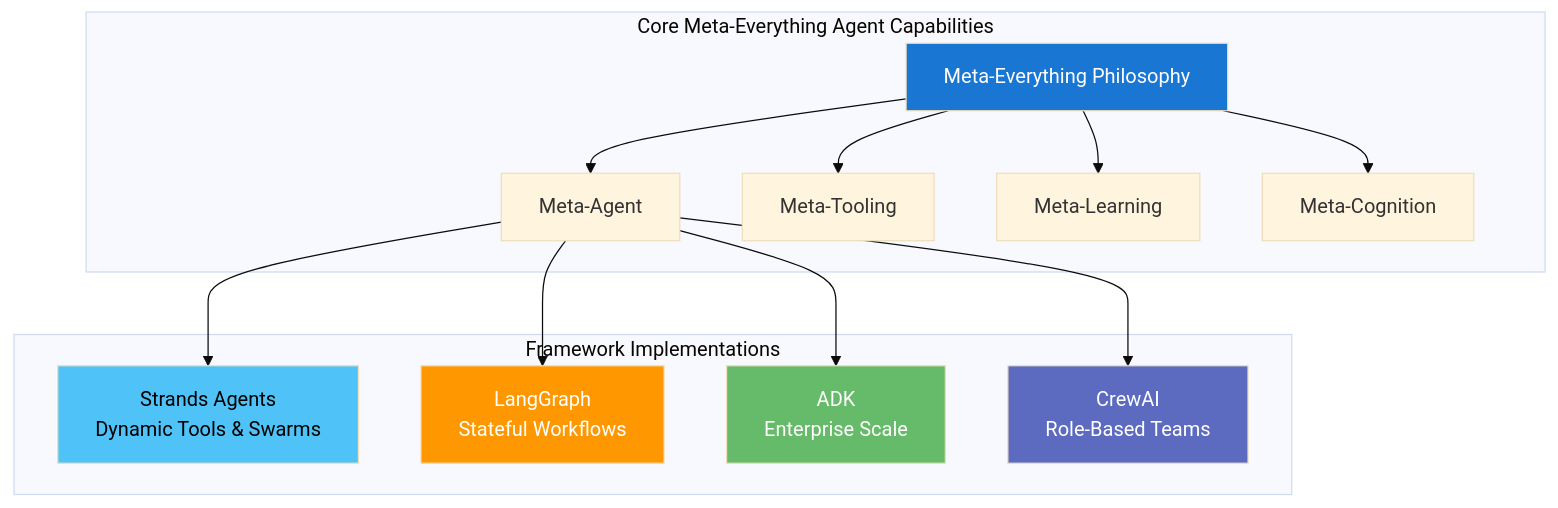
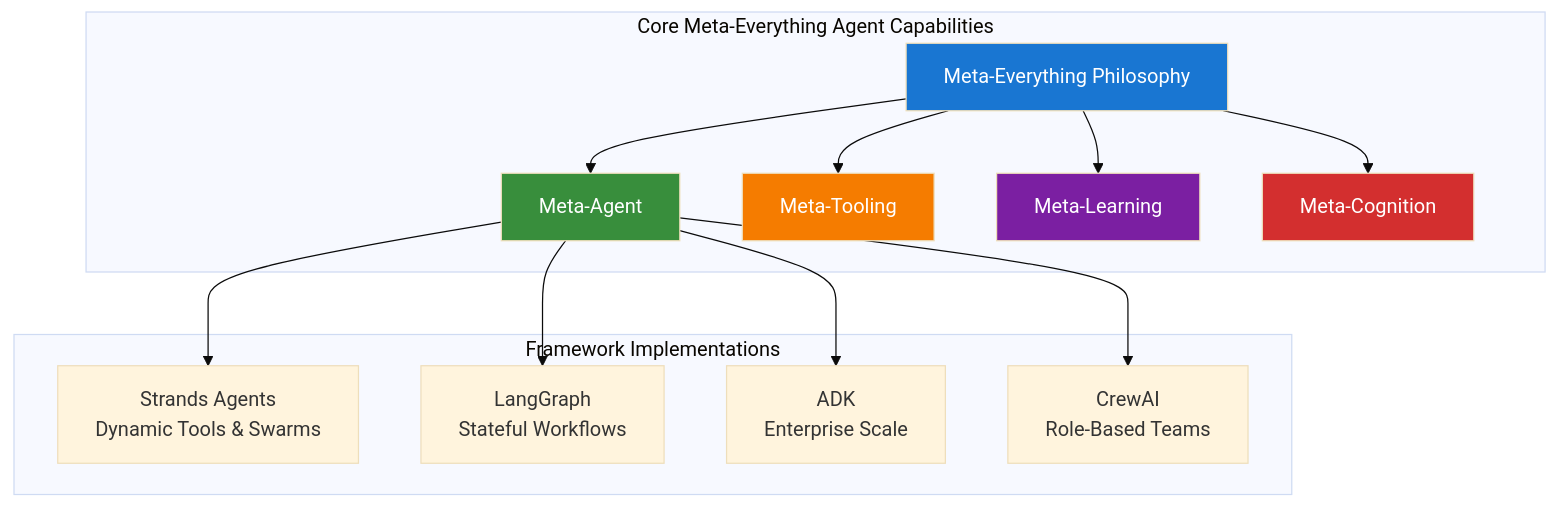
One commit to agentic-community/wg-development changed the diagram in README.md. Above: the diagram before and after it, drawn with Mermaid (base theme). The commit also changed other lines of this file and 1 other file, not shown here.

Commit message:
cleaned up readme;

````diff
--- a/README.md
+++ b/README.md
@@ -53,28 +53,28 @@
 ```mermaid
 graph TB
     subgraph "Core Meta-Everything Agent Capabilities"
         M[Meta-Everything Philosophy]
         M --> MA[Meta-Agent]
         M --> MT[Meta-Tooling]
         M --> ML[Meta-Learning]
         M --> MC[Meta-Cognition]
     end
 
     subgraph "Framework Implementations"
         S[Strands Agents<br/>Dynamic Tools & Swarms]
         L[LangGraph<br/>Stateful Workflows]
         A[ADK<br/>Enterprise Scale]
         C[CrewAI<br/>Role-Based Teams]
     end
 
     MA --> S
     MA --> L
     MA --> A
     MA --> C
 
     style M fill:#1976d2,color:#fff
-    style S fill:#4fc3f7,color:#000
-    style L fill:#ff9800,color:#fff
-    style A fill:#66bb6a,color:#fff
-    style C fill:#5c6bc0,color:#fff
+    style MA fill:#388e3c,color:#fff
+    style MT fill:#f57c00,color:#fff
+    style ML fill:#7b1fa2,color:#fff
+    style MC fill:#d32f2f,color:#fff
 ```
````
